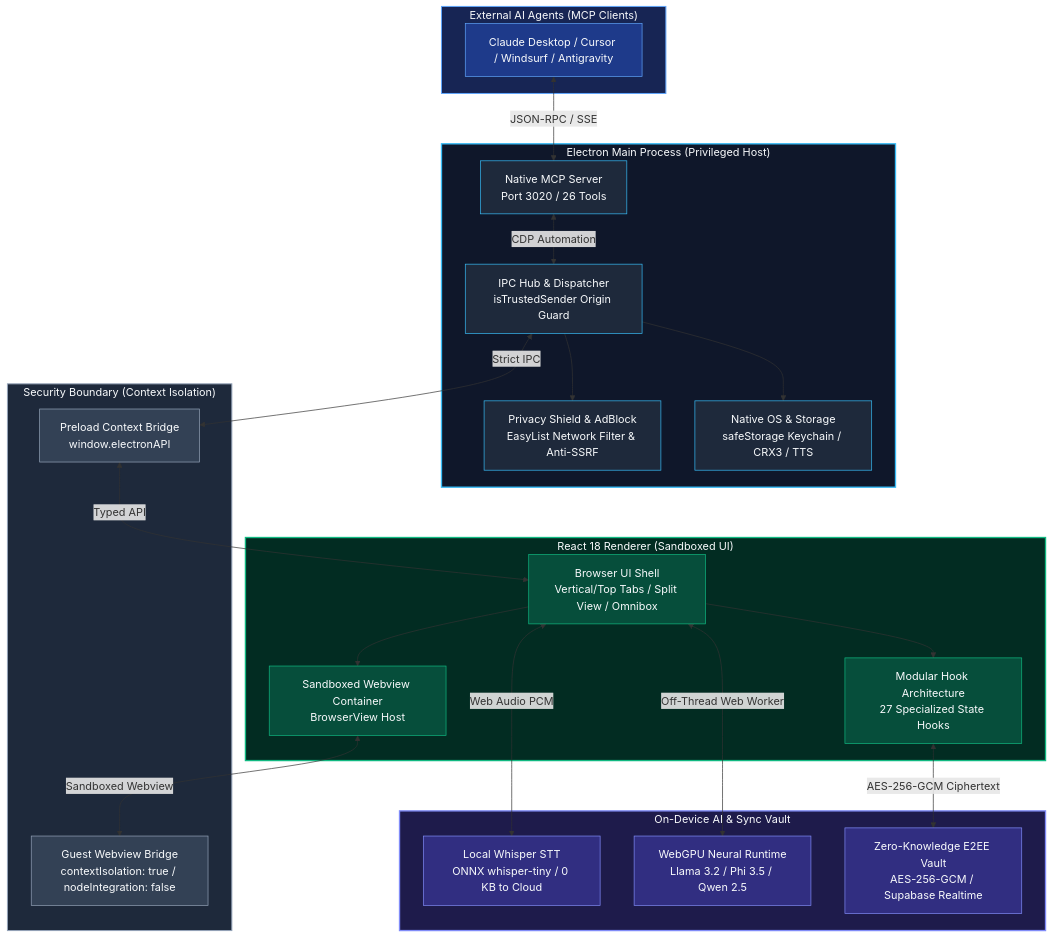
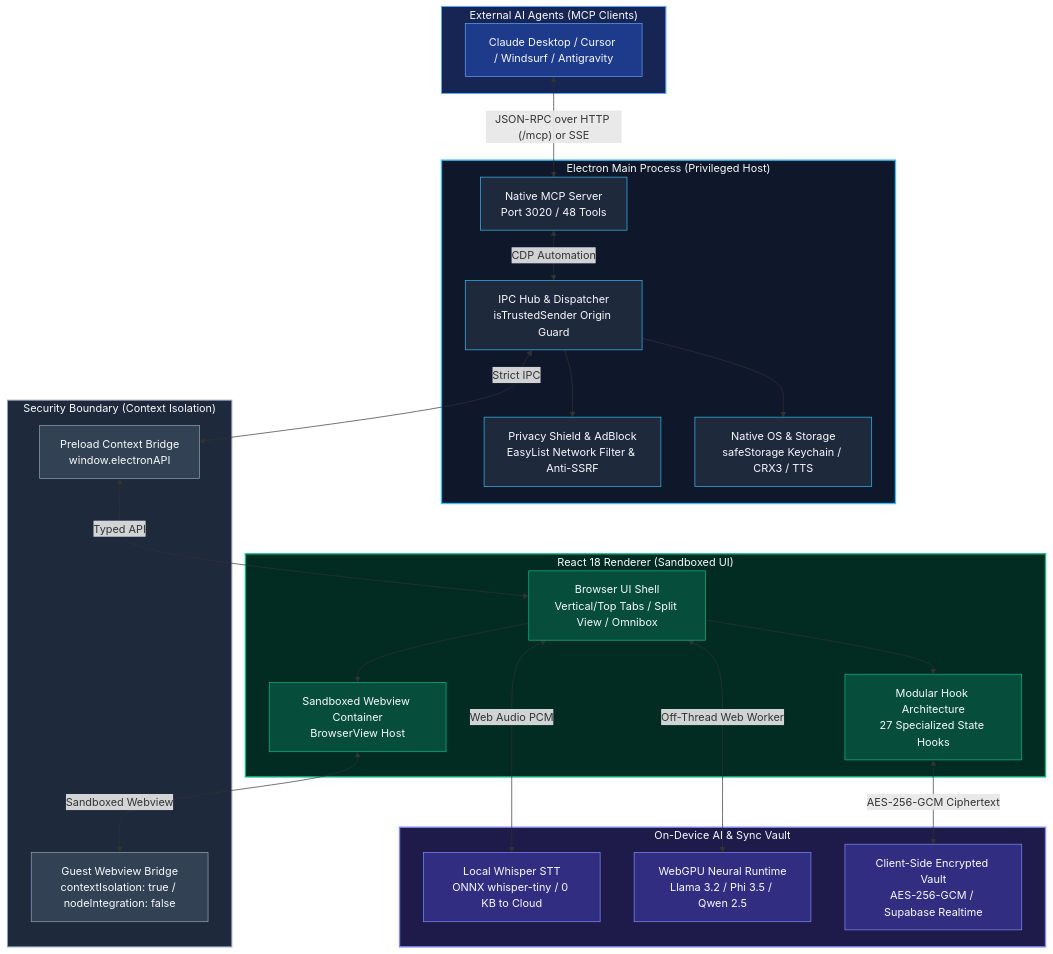
Before and after one commit to MOT1209/my-video: the diagram in King_Browser/README.md, drawn with Mermaid. The commit also changed other lines of this file and 419 other files, not shown here.

````diff
--- a/King_Browser/README.md
+++ b/King_Browser/README.md
@@ -526,69 +664,69 @@
 ```mermaid
 flowchart TB
     subgraph Clients["External AI Agents (MCP Clients)"]
         agentClient["Claude Desktop / Cursor / Windsurf / Antigravity"]
     end
 
     subgraph Main["Electron Main Process (Privileged Host)"]
-        mcp["Native MCP Server<br/>Port 3020 / 26 Tools"]
+        mcp["Native MCP Server<br/>Port 3020 / 48 Tools"]
         ipcMain["IPC Hub & Dispatcher<br/>isTrustedSender Origin Guard"]
         netShield["Privacy Shield & AdBlock<br/>EasyList Network Filter & Anti-SSRF"]
         osBridge["Native OS & Storage<br/>safeStorage Keychain / CRX3 / TTS"]
     end
 
     subgraph Boundary["Security Boundary (Context Isolation)"]
         preloadAPI["Preload Context Bridge<br/>window.electronAPI"]
         guestPreload["Guest Webview Bridge<br/>contextIsolation: true / nodeIntegration: false"]
     end
 
     subgraph Renderer["React 18 Renderer (Sandboxed UI)"]
         uiShell["Browser UI Shell<br/>Vertical/Top Tabs / Split View / Omnibox"]
         hookEngine["Modular Hook Architecture<br/>27 Specialized State Hooks"]
         viewHost["Sandboxed Webview Container<br/>BrowserView Host"]
     end
 
     subgraph Neural["On-Device AI & Sync Vault"]
         whisperEngine["Local Whisper STT<br/>ONNX whisper-tiny / 0 KB to Cloud"]
         webgpuEngine["WebGPU Neural Runtime<br/>Llama 3.2 / Phi 3.5 / Qwen 2.5"]
-        syncVault["Zero-Knowledge E2EE Vault<br/>AES-256-GCM / Supabase Realtime"]
+        syncVault["Client-Side Encrypted Vault<br/>AES-256-GCM / Supabase Realtime"]
     end
 
-    agentClient <-->|"JSON-RPC / SSE"| mcp
+    agentClient <-->|"JSON-RPC over HTTP (/mcp) or SSE"| mcp
     mcp <-->|"CDP Automation"| ipcMain
     ipcMain <-->|"Strict IPC"| preloadAPI
     preloadAPI <-->|"Typed API"| uiShell
     ipcMain --> netShield
     ipcMain --> osBridge
 
     uiShell --> hookEngine
     uiShell --> viewHost
     viewHost <-->|"Sandboxed Webview"| guestPreload
 
     uiShell <-->|"Web Audio PCM"| whisperEngine
     uiShell <-->|"Off-Thread Web Worker"| webgpuEngine
     hookEngine <-->|"AES-256-GCM Ciphertext"| syncVault
 
     style Main fill:#0f172a,stroke:#38bdf8,stroke-width:2px,color:#f8fafc
     style Boundary fill:#1e293b,stroke:#94a3b8,stroke-width:1.5px,color:#f8fafc
     style Renderer fill:#022c22,stroke:#10b981,stroke-width:2px,color:#f8fafc
     style Neural fill:#1e1b4b,stroke:#818cf8,stroke-width:2px,color:#f8fafc
     style Clients fill:#172554,stroke:#60a5fa,stroke-width:1.5px,color:#f8fafc
 
     style mcp fill:#1e293b,stroke:#38bdf8,stroke-width:1px,color:#f8fafc
     style ipcMain fill:#1e293b,stroke:#38bdf8,stroke-width:1px,color:#f8fafc
     style netShield fill:#1e293b,stroke:#38bdf8,stroke-width:1px,color:#f8fafc
     style osBridge fill:#1e293b,stroke:#38bdf8,stroke-width:1px,color:#f8fafc
 
     style preloadAPI fill:#334155,stroke:#94a3b8,stroke-width:1px,color:#f8fafc
     style guestPreload fill:#334155,stroke:#94a3b8,stroke-width:1px,color:#f8fafc
 
     style uiShell fill:#064e3b,stroke:#10b981,stroke-width:1px,color:#f8fafc
     style hookEngine fill:#064e3b,stroke:#10b981,stroke-width:1px,color:#f8fafc
     style viewHost fill:#064e3b,stroke:#10b981,stroke-width:1px,color:#f8fafc
 
     style whisperEngine fill:#312e81,stroke:#818cf8,stroke-width:1px,color:#f8fafc
     style webgpuEngine fill:#312e81,stroke:#818cf8,stroke-width:1px,color:#f8fafc
     style syncVault fill:#312e81,stroke:#818cf8,stroke-width:1px,color:#f8fafc
 
     style agentClient fill:#1e3a8a,stroke:#60a5fa,stroke-width:1px,color:#f8fafc
 ```
````
